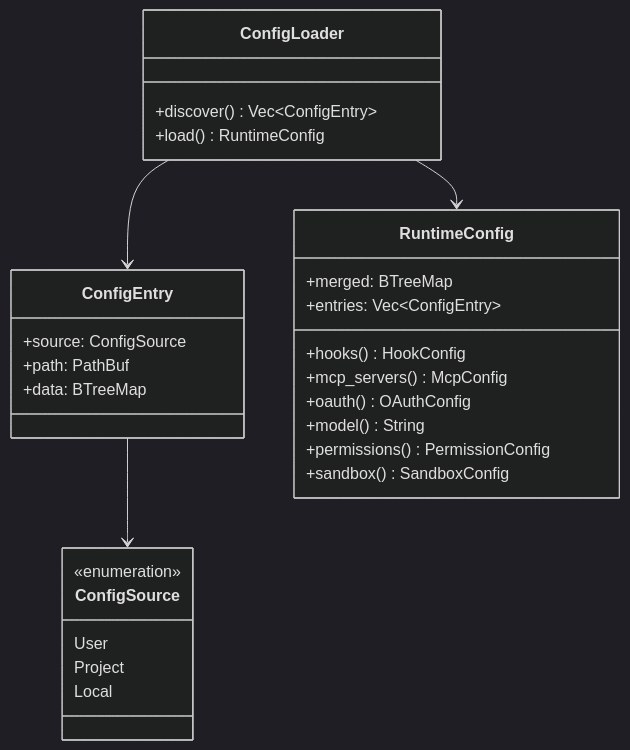
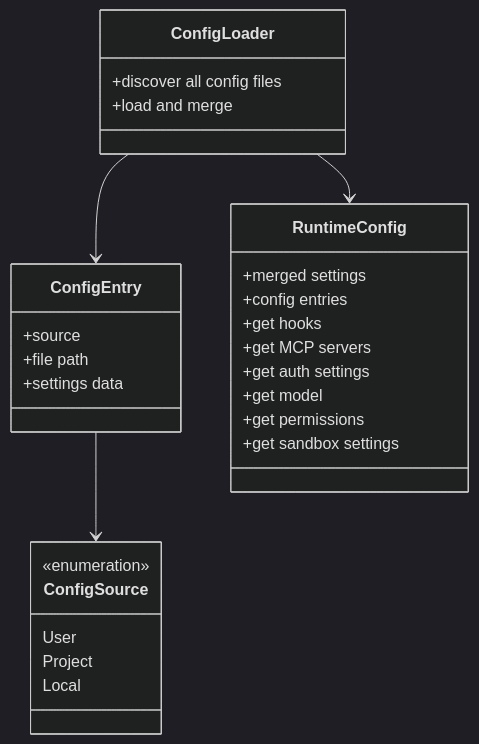
The third of 4 diagrams in docs/09-config-system/README.md (Luxshan2000/inside-claude-code), drawn with Mermaid (dark theme) before and after one commit. The commit also changed other lines of this file and 12 other files, not shown here.

First line of the commit message:
Clean up: Remove code-specific references, keep pure architecture concepts

````diff
--- a/docs/09-config-system/README.md
+++ b/docs/09-config-system/README.md
@@ -88,35 +88,35 @@
 ```mermaid
 classDiagram
     class ConfigSource {
         <<enumeration>>
         User
         Project
         Local
     }
 
     class ConfigEntry {
-        +source: ConfigSource
-        +path: PathBuf
-        +data: BTreeMap
+        +source
+        +file path
+        +settings data
     }
 
     class ConfigLoader {
-        +discover() Vec~ConfigEntry~
-        +load() RuntimeConfig
+        +discover all config files
+        +load and merge
     }
 
     class RuntimeConfig {
-        +merged: BTreeMap
-        +entries: Vec~ConfigEntry~
-        +hooks() HookConfig
-        +mcp_servers() McpConfig
-        +oauth() OAuthConfig
-        +model() String
-        +permissions() PermissionConfig
-        +sandbox() SandboxConfig
+        +merged settings
+        +config entries
+        +get hooks
+        +get MCP servers
+        +get auth settings
+        +get model
+        +get permissions
+        +get sandbox settings
     }
 
     ConfigLoader --> ConfigEntry
     ConfigEntry --> ConfigSource
     ConfigLoader --> RuntimeConfig
 ```
````
